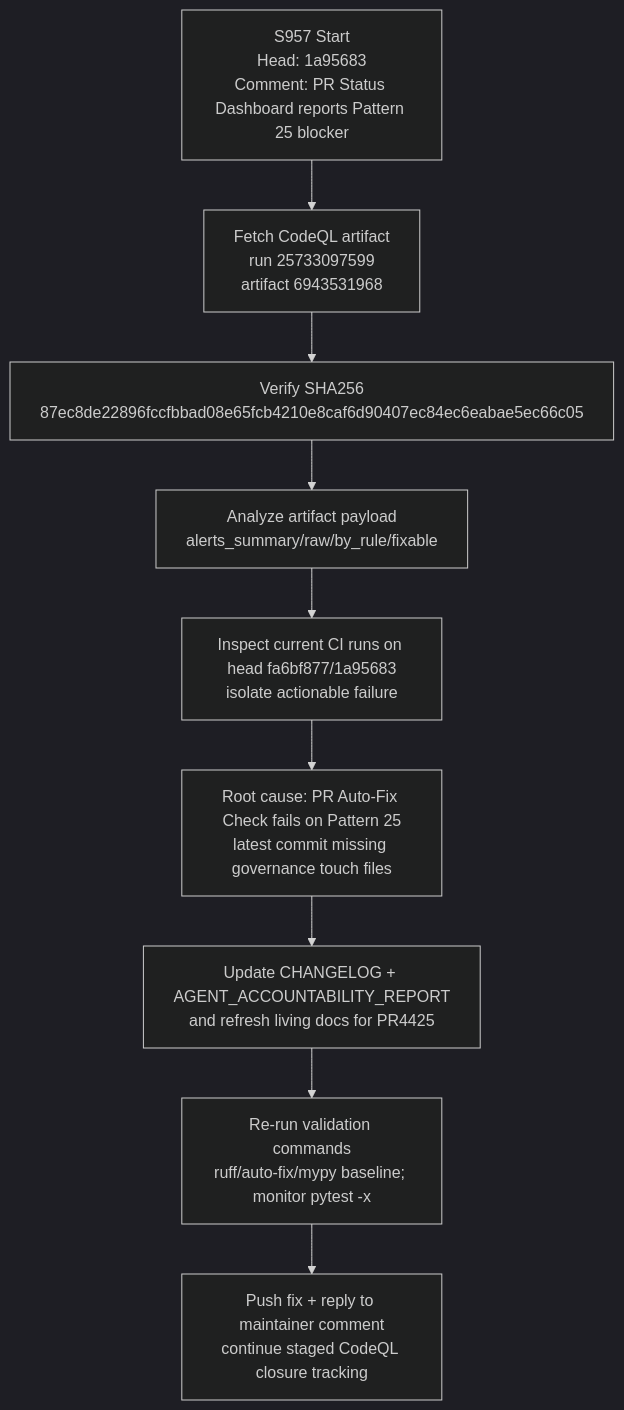
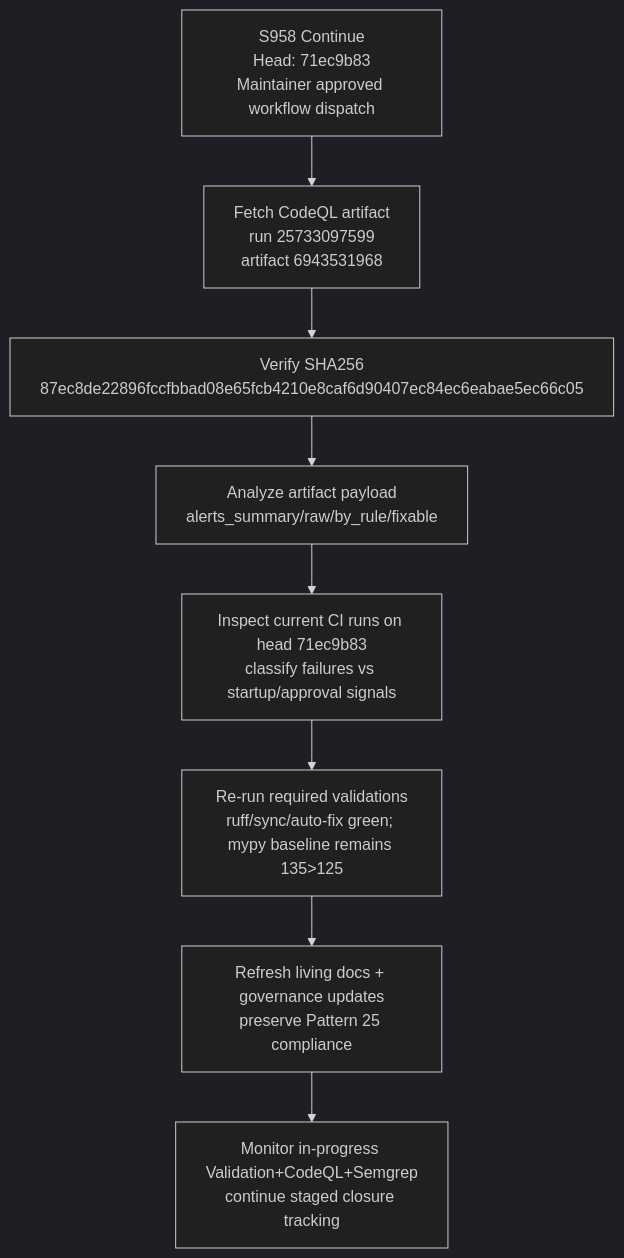
The diagram in docs/sessions/PR4425_session_diagram.md (Aries-Serpent/_codex_), drawn with Mermaid (dark theme) before and after one commit. The commit also changed other lines of this file and 3 other files, not shown here.

First line of the commit message:
docs(pr4425): continue approval-dispatch follow-up with CI classification and governance refresh

````diff
--- a/docs/sessions/PR4425_session_diagram.md
+++ b/docs/sessions/PR4425_session_diagram.md
@@ -3,12 +3,11 @@
 ```mermaid
 graph TD
-  A[S957 Start<br/>Head: 1a95683<br/>Comment: PR Status Dashboard reports Pattern 25 blocker] --> B
+  A[S958 Continue<br/>Head: 71ec9b83<br/>Maintainer approved workflow dispatch] --> B
   B[Fetch CodeQL artifact<br/>run 25733097599<br/>artifact 6943531968] --> C
   C[Verify SHA256<br/>87ec8de22896fccfbbad08e65fcb4210e8caf6d90407ec84ec6eabae5ec66c05] --> D
   D[Analyze artifact payload<br/>alerts_summary/raw/by_rule/fixable] --> E
-  E[Inspect current CI runs on head fa6bf877/1a95683<br/>isolate actionable failure] --> F
-  F[Root cause: PR Auto-Fix Check fails on Pattern 25<br/>latest commit missing governance touch files] --> G
-  G[Update CHANGELOG + AGENT_ACCOUNTABILITY_REPORT<br/>and refresh living docs for PR4425] --> H
-  H[Re-run validation commands<br/>ruff/auto-fix/mypy baseline; monitor pytest -x] --> I
-  I[Push fix + reply to maintainer comment<br/>continue staged CodeQL closure tracking]
+  E[Inspect current CI runs on head 71ec9b83<br/>classify failures vs startup/approval signals] --> F
+  F[Re-run required validations<br/>ruff/sync/auto-fix green; mypy baseline remains 135>125] --> G
+  G[Refresh living docs + governance updates<br/>preserve Pattern 25 compliance] --> H
+  H[Monitor in-progress Validation+CodeQL+Semgrep<br/>continue staged closure tracking]
 ```
````
